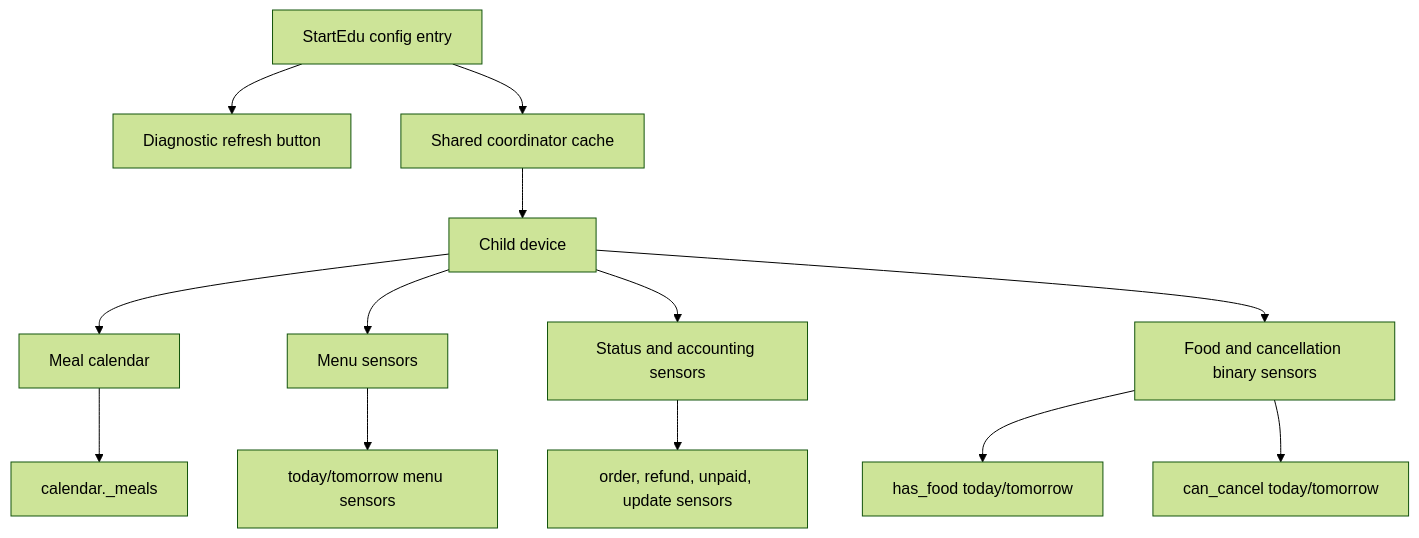
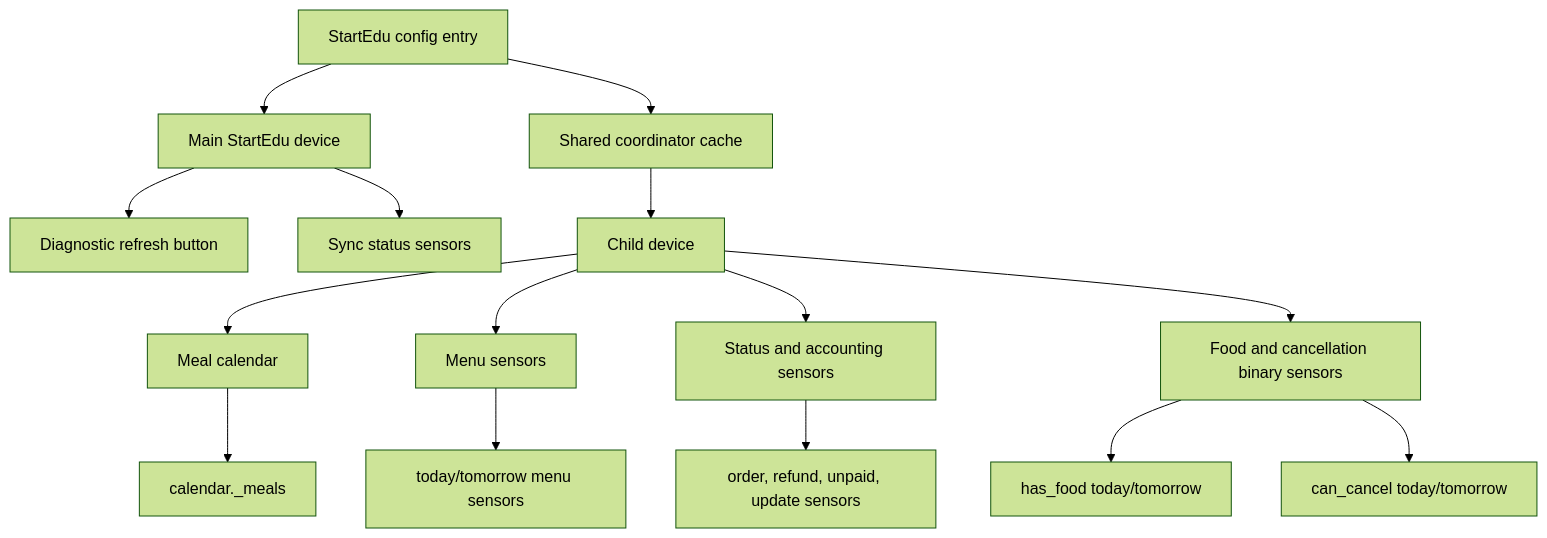
One commit to patrykchoros/startedu-ha changed the first of 2 diagrams in docs/home-assistant-entity-model.md. Above: the diagram before and after it, drawn with Mermaid (forest theme). The commit also changed other lines of this file and 20 other files, not shown here.

````diff
--- a/docs/home-assistant-entity-model.md
+++ b/docs/home-assistant-entity-model.md
@@ -18,17 +18,19 @@
 ```mermaid
 flowchart TD
-    entry["StartEdu config entry"] --> refresh["Diagnostic refresh button"]
+    entry["StartEdu config entry"] --> account["Main StartEdu device"]
+    account --> refresh["Diagnostic refresh button"]
+    account --> sync["Sync status sensors"]
     entry --> coordinator["Shared coordinator cache"]
     coordinator --> child["Child device"]
 
     child --> calendar["Meal calendar"]
     child --> menu["Menu sensors"]
     child --> status["Status and accounting sensors"]
     child --> binary["Food and cancellation binary sensors"]
 
     calendar --> cal_entity["calendar.<child>_meals"]
     menu --> day_menu["today/tomorrow menu sensors"]
     status --> order_state["order, refund, unpaid, update sensors"]
     binary --> food["has_food today/tomorrow"]
     binary --> can_cancel["can_cancel today/tomorrow"]
 ```
````
